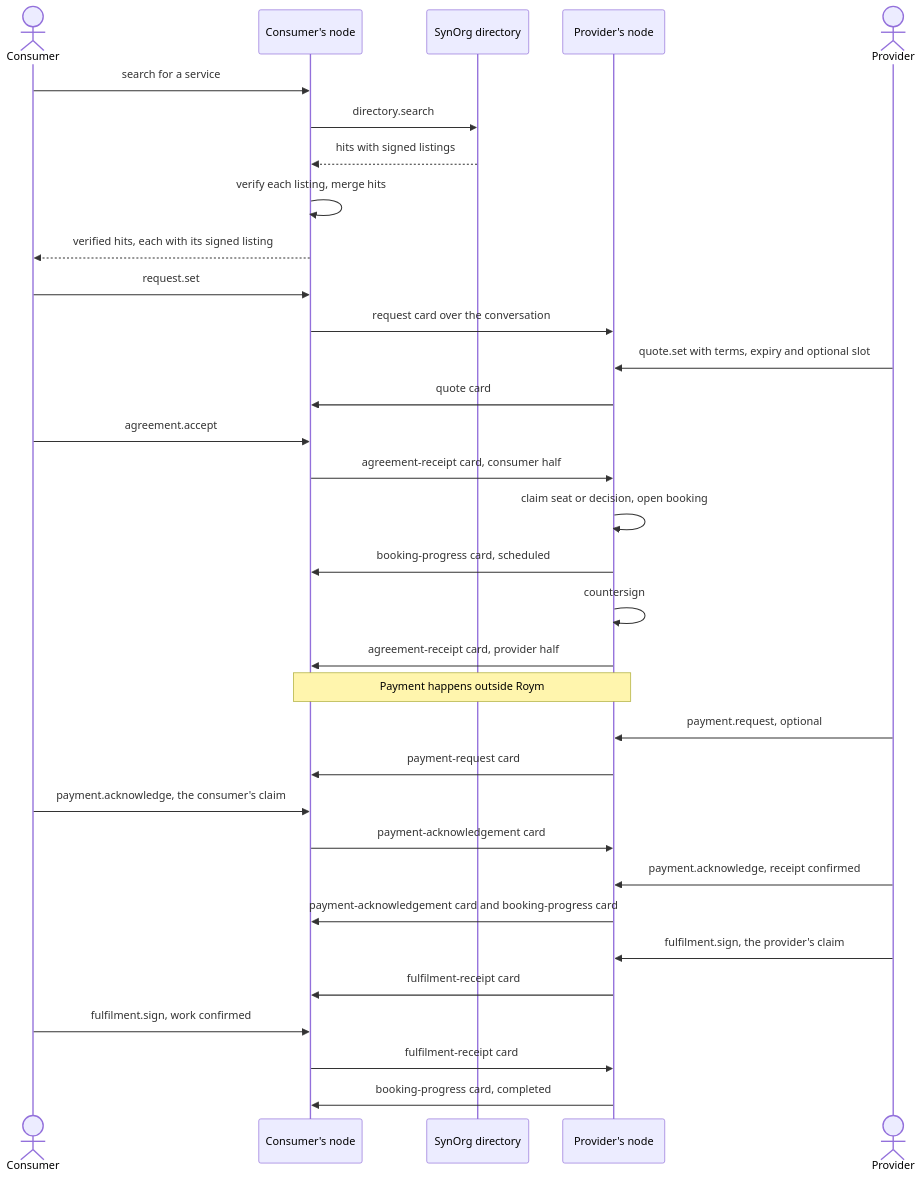
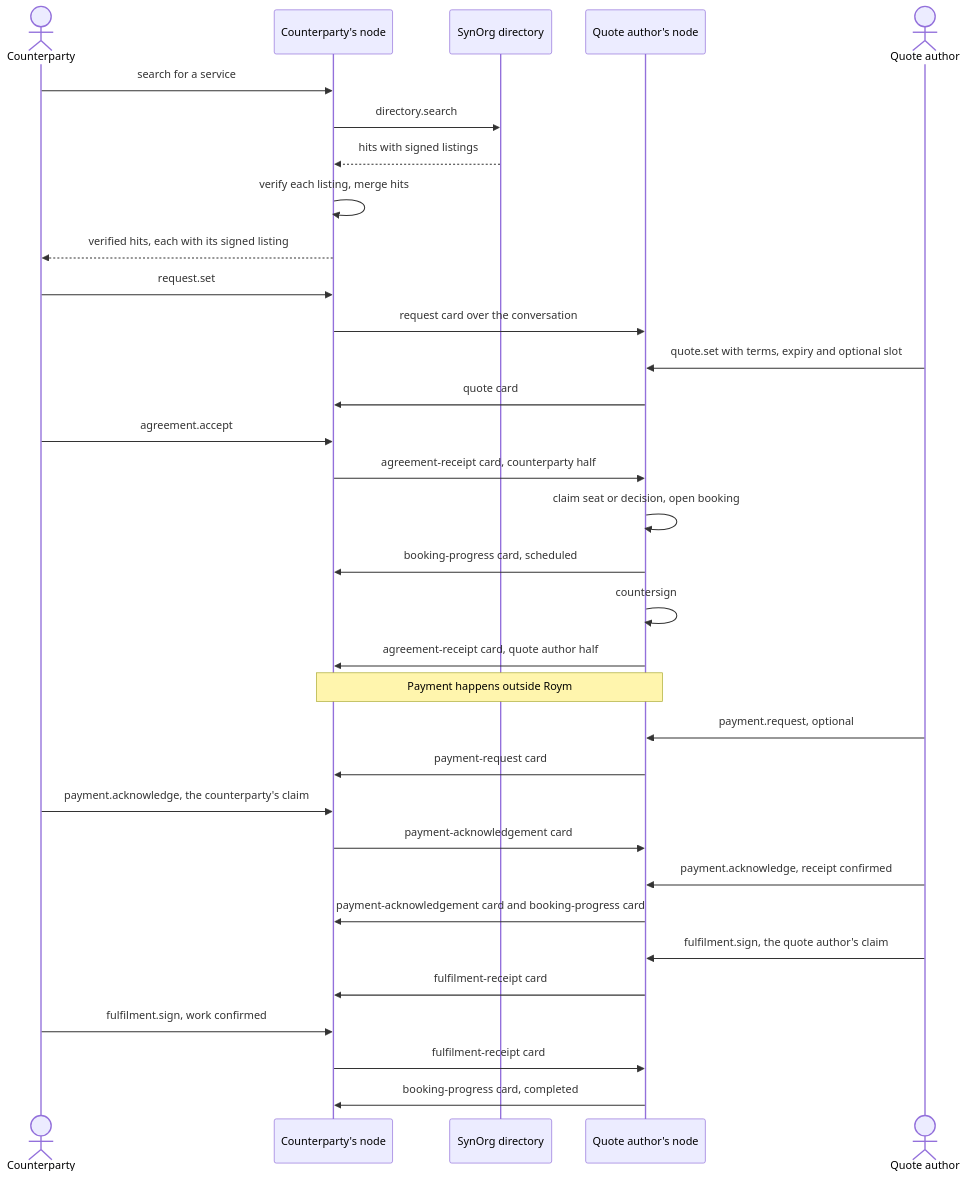
Diagram 18 of 23 in docs/system-architecture.md (syneroym/syneroym), drawn with Mermaid before and after one commit. The commit also changed other lines of this file and 106 other files, not shown here.

First line of the commit message:
refactor(roym): rename deal roles to quote author and counterparty (A1) (#331)

````diff
--- a/docs/system-architecture.md
+++ b/docs/system-architecture.md
@@ -1260,39 +1260,39 @@
 ```mermaid
 sequenceDiagram
-    actor Consumer
-    participant CN as Consumer's node
+    actor Counterparty
+    participant CN as Counterparty's node
     participant DIR as SynOrg directory
-    participant PN as Provider's node
-    actor Provider
+    participant PN as Quote author's node
+    actor QuoteAuthor as Quote author
 
-    Consumer->>CN: search for a service
+    Counterparty->>CN: search for a service
     CN->>DIR: directory.search
     DIR-->>CN: hits with signed listings
     CN->>CN: verify each listing, merge hits
-    CN-->>Consumer: verified hits, each with its signed listing
+    CN-->>Counterparty: verified hits, each with its signed listing
 
-    Consumer->>CN: request.set
+    Counterparty->>CN: request.set
     CN->>PN: request card over the conversation
-    Provider->>PN: quote.set with terms, expiry and optional slot
+    QuoteAuthor->>PN: quote.set with terms, expiry and optional slot
     PN->>CN: quote card
-    Consumer->>CN: agreement.accept
-    CN->>PN: agreement-receipt card, consumer half
+    Counterparty->>CN: agreement.accept
+    CN->>PN: agreement-receipt card, counterparty half
     PN->>PN: claim seat or decision, open booking
     PN->>CN: booking-progress card, scheduled
     PN->>PN: countersign
-    PN->>CN: agreement-receipt card, provider half
+    PN->>CN: agreement-receipt card, quote author half
 
     Note over CN,PN: Payment happens outside Roym
-    Provider->>PN: payment.request, optional
+    QuoteAuthor->>PN: payment.request, optional
     PN->>CN: payment-request card
-    Consumer->>CN: payment.acknowledge, the consumer's claim
+    Counterparty->>CN: payment.acknowledge, the counterparty's claim
     CN->>PN: payment-acknowledgement card
-    Provider->>PN: payment.acknowledge, receipt confirmed
+    QuoteAuthor->>PN: payment.acknowledge, receipt confirmed
     PN->>CN: payment-acknowledgement card and booking-progress card
 
-    Provider->>PN: fulfilment.sign, the provider's claim
+    QuoteAuthor->>PN: fulfilment.sign, the quote author's claim
     PN->>CN: fulfilment-receipt card
-    Consumer->>CN: fulfilment.sign, work confirmed
+    Counterparty->>CN: fulfilment.sign, work confirmed
     CN->>PN: fulfilment-receipt card
     PN->>CN: booking-progress card, completed
 ```
````
